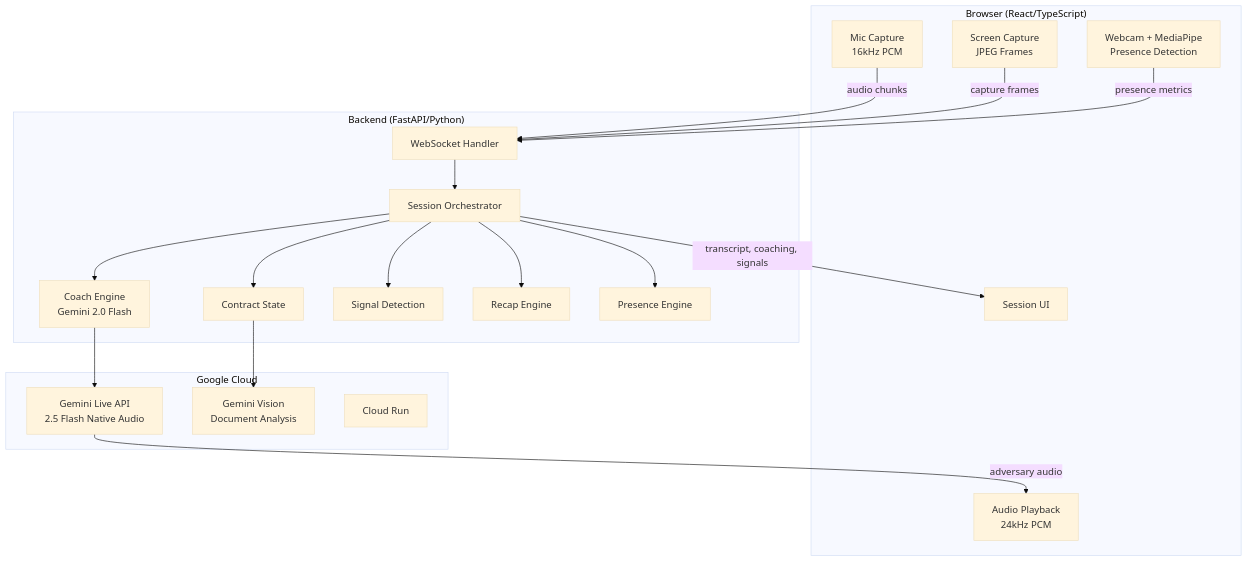
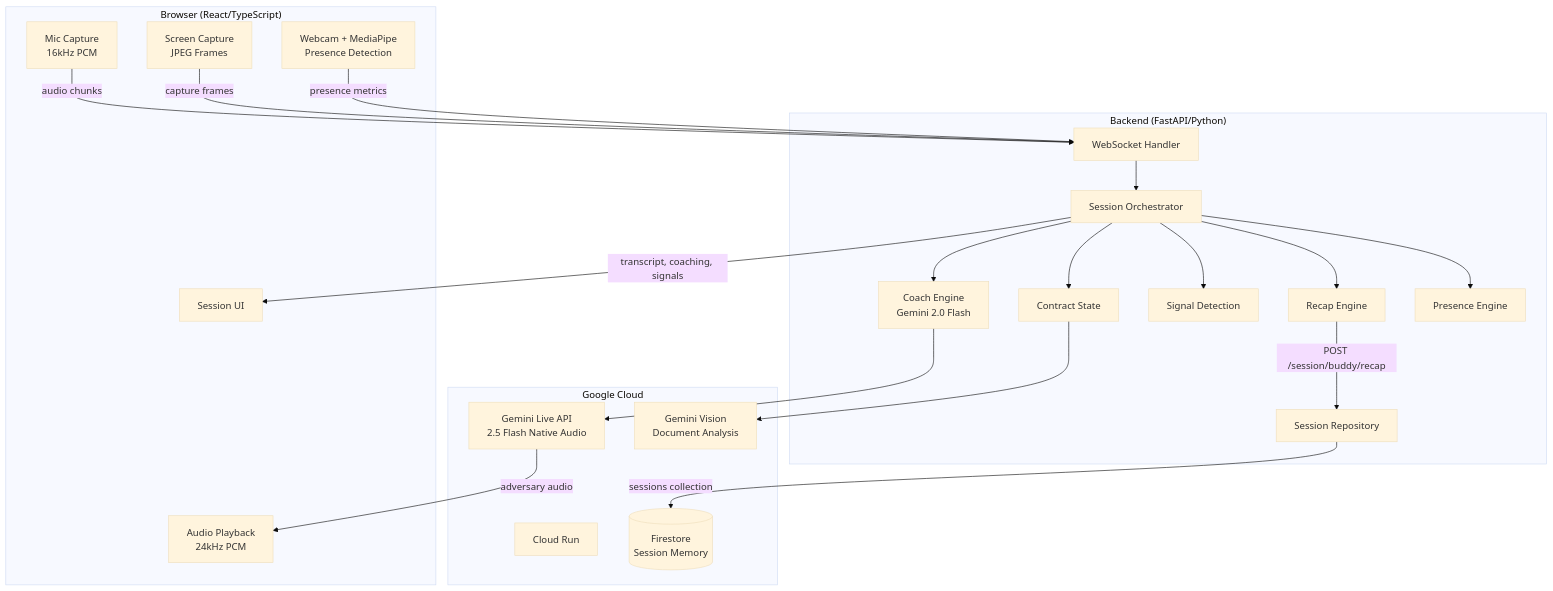
Before and after one commit to mmoussaif/devpost-google: the first of 8 diagrams in AGENTS.md, drawn with Mermaid (base theme). The commit also changed other lines of this file and 7 other files, not shown here.

First line of the commit message:
feat: Firestore persistence, OpenAPI docs, Live Agent + Maya Chen, diagrams

````diff
--- a/AGENTS.md
+++ b/AGENTS.md
@@ -17,40 +17,44 @@
 ```mermaid
 flowchart TB
     subgraph Browser["Browser (React/TypeScript)"]
         UI[Session UI]
         Audio[Mic Capture<br/>16kHz PCM]
         Playback[Audio Playback<br/>24kHz PCM]
         Screen[Screen Capture<br/>JPEG Frames]
         Camera[Webcam + MediaPipe<br/>Presence Detection]
     end
 
     subgraph Backend["Backend (FastAPI/Python)"]
         WS[WebSocket Handler]
         Orchestrator[Session Orchestrator]
         Coach[Coach Engine<br/>Gemini 2.0 Flash]
         Contract[Contract State]
         Signals[Signal Detection]
         Recap[Recap Engine]
         Presence[Presence Engine]
+        Repo[Session Repository]
     end
 
     subgraph Google["Google Cloud"]
+        Run[Cloud Run]
         Live[Gemini Live API<br/>2.5 Flash Native Audio]
         Vision[Gemini Vision<br/>Document Analysis]
-        Run[Cloud Run]
+        Firestore[(Firestore<br/>Session Memory)]
     end
 
     Audio -->|audio chunks| WS
     Screen -->|capture frames| WS
     Camera -->|presence metrics| WS
     WS --> Orchestrator
     Orchestrator --> Coach
     Orchestrator --> Contract
     Orchestrator --> Signals
     Orchestrator --> Presence
     Coach --> Live
     Contract --> Vision
     Orchestrator -->|transcript, coaching, signals| UI
     Live -->|adversary audio| Playback
     Orchestrator --> Recap
+    Recap -->|POST /session/buddy/recap| Repo
+    Repo -->|sessions collection| Firestore
 ```
````
